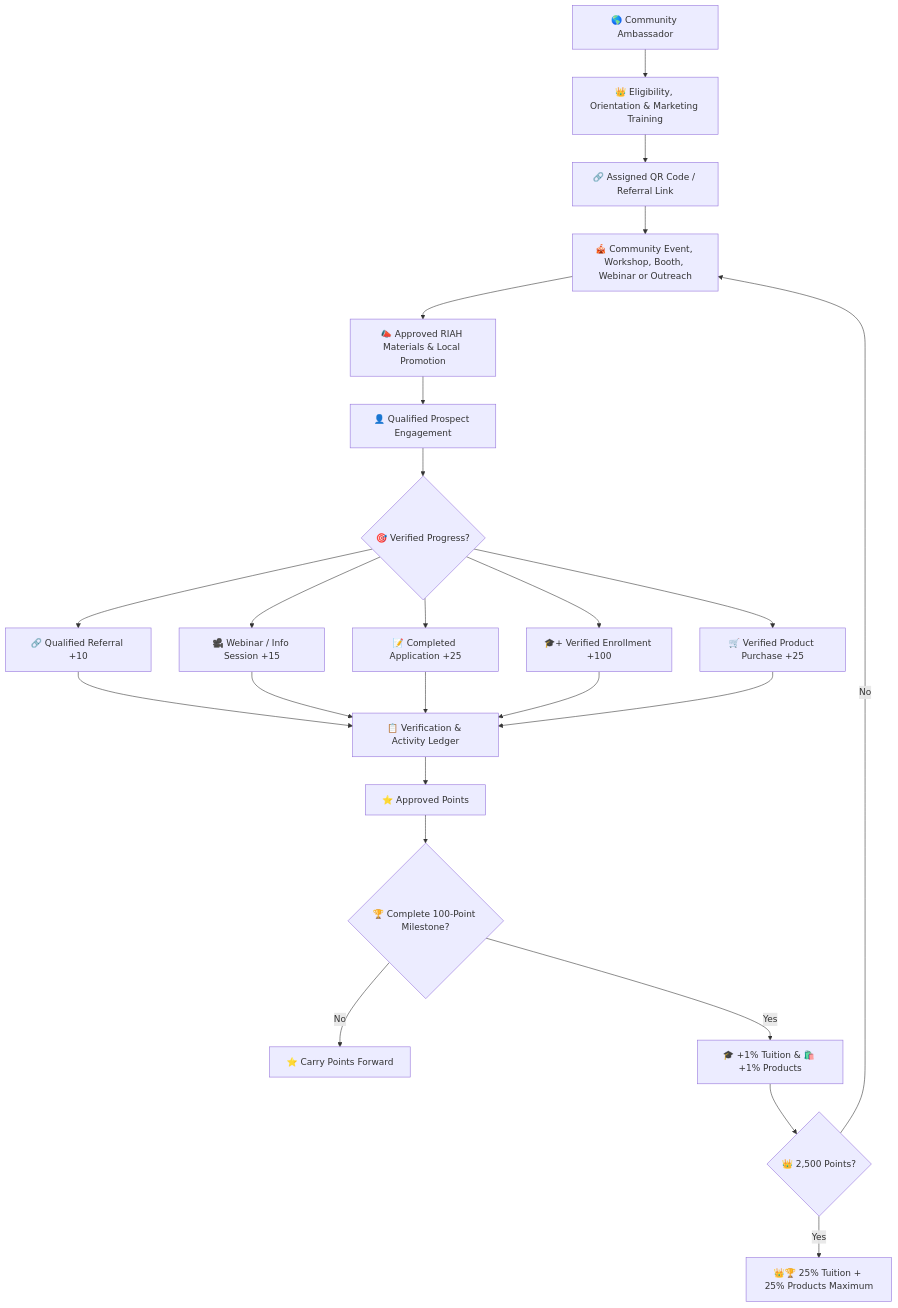
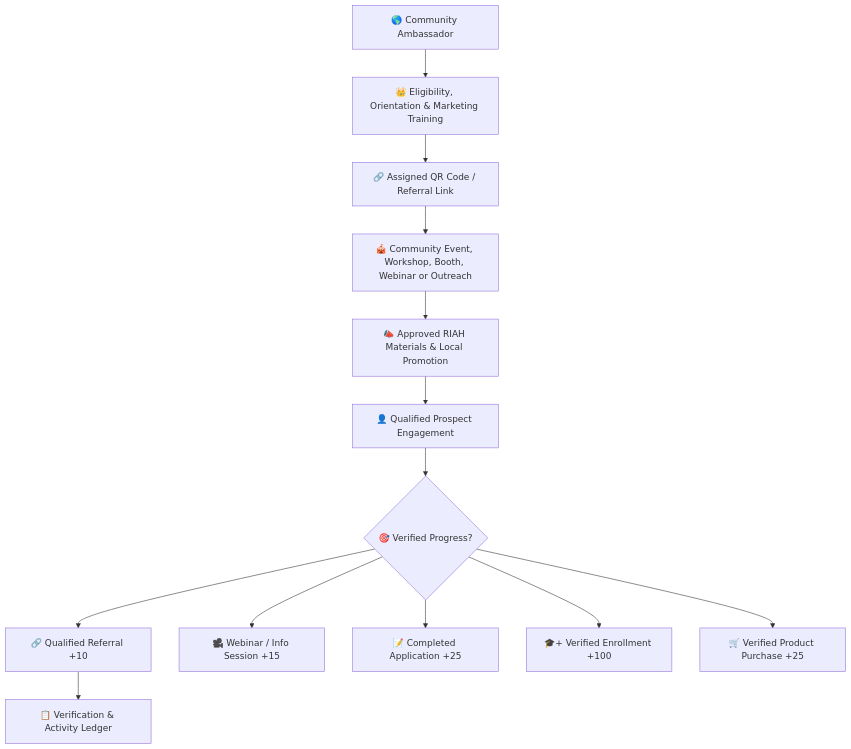
Before and after one commit to RIAHPathway/Website: the second of 3 diagrams in Contributor-Benefits/AMBASSADORS.md, drawn with Mermaid.

Commit message:
Split oversized Mermaid flows for readability

````diff
--- a/Contributor-Benefits/AMBASSADORS.md
+++ b/Contributor-Benefits/AMBASSADORS.md
@@ -73,26 +75,15 @@
 ```mermaid
 flowchart TB
 A["🌎 Community Ambassador"] --> B["👑 Eligibility, Orientation & Marketing Training"]
 B --> C["🔗 Assigned QR Code / Referral Link"]
 C --> D["🎪 Community Event, Workshop, Booth, Webinar or Outreach"]
 D --> E["📣 Approved RIAH Materials & Local Promotion"]
 E --> F["👤 Qualified Prospect Engagement"]
 F --> G{"🎯 Verified Progress?"}
 G --> H["🔗 Qualified Referral +10"]
 G --> I["🎥 Webinar / Info Session +15"]
 G --> J["📝 Completed Application +25"]
 G --> K["🎓+ Verified Enrollment +100"]
 G --> L["🛒 Verified Product Purchase +25"]
 H --> M["📋 Verification & Activity Ledger"]
-I --> M
-J --> M
-K --> M
-L --> M
-M --> N["⭐ Approved Points"]
-N --> O{"🏆 Complete 100-Point Milestone?"}
-O -- No --> P["⭐ Carry Points Forward"]
-O -- Yes --> Q["🎓 +1% Tuition & 🛍️ +1% Products"]
-Q --> R{"👑 2,500 Points?"}
-R -- No --> D
-R -- Yes --> S["👑🏆 25% Tuition + 25% Products Maximum"]
 ```
````
